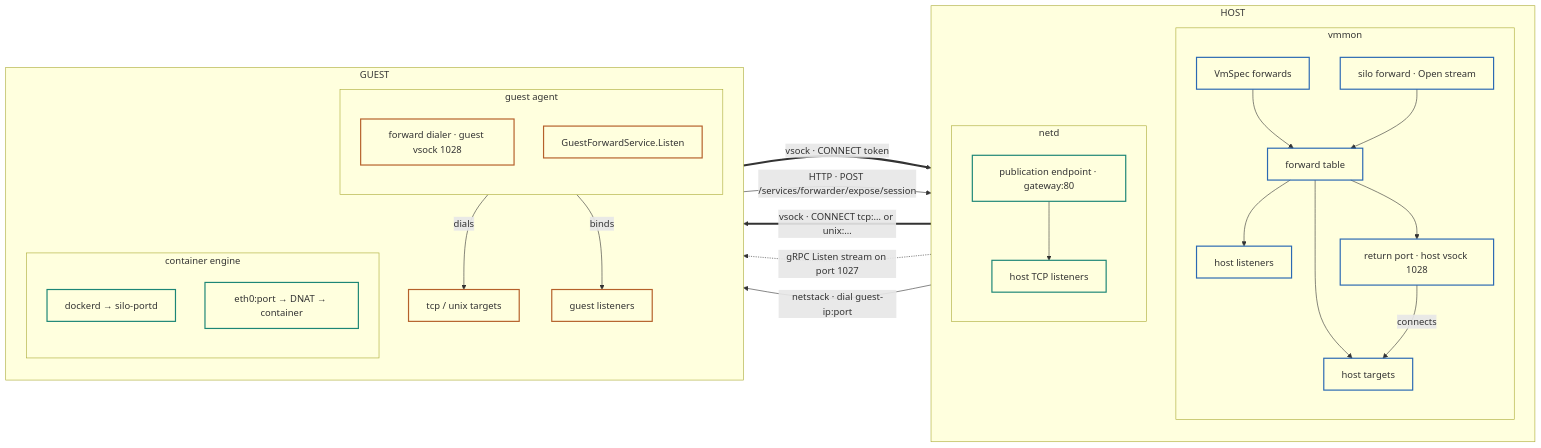
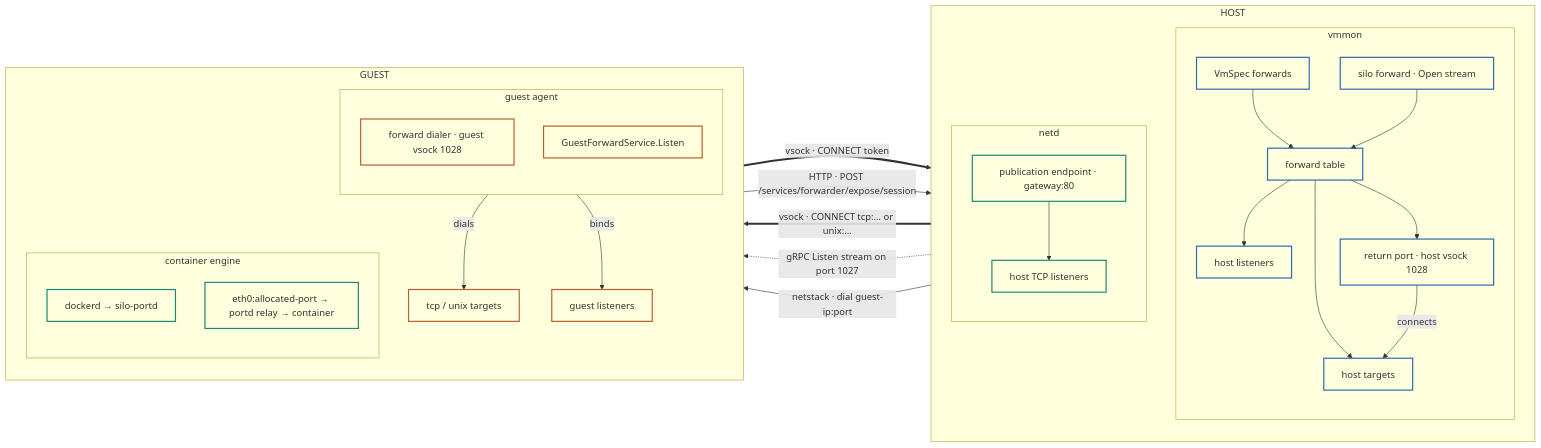
One commit to vandycknick/silo changed the first of 9 diagrams in docs/adr/0016-vsock-forwards-and-netd-publications.md. Above: the diagram before and after it, drawn with Mermaid. The commit also changed other lines of this file and 8 other files, not shown here.

Commit message:
fix(portd): relay Docker publications through dedicated guest ingress

````diff
--- a/docs/adr/0016-vsock-forwards-and-netd-publications.md
+++ b/docs/adr/0016-vsock-forwards-and-netd-publications.md
@@ -150,47 +151,47 @@
 ```mermaid
 flowchart LR
   subgraph HOST
     direction TB
     subgraph vmmon
       direction TB
       spec["VmSpec forwards"] --> table["forward table"]
       hold["silo forward · Open stream"] --> table
       table --> hl["host listeners"]
       table --> ht["host targets"]
       table --> rp["return port · host vsock 1028"]
     end
     subgraph netd
       direction TB
       pe["publication endpoint · gateway:80"] --> tl["host TCP listeners"]
     end
   end
   subgraph GUEST
     direction TB
     subgraph agent["guest agent"]
       direction TB
       dialer["forward dialer · guest vsock 1028"]
       listen["GuestForwardService.Listen"]
     end
     targets["tcp / unix targets"]
     gl["guest listeners"]
     subgraph engine["container engine"]
       direction TB
       dockerd["dockerd → silo-portd"]
-      eth0["eth0:port → DNAT → container"]
+      eth0["eth0:allocated-port → portd relay → container"]
     end
   end
   hl ==>|"vsock · CONNECT tcp:… or unix:…"| dialer
   dialer -->|dials| targets
   table -.->|"gRPC Listen stream on port 1027"| listen
   listen -->|binds| gl
   gl ==>|"vsock · CONNECT token"| rp
   rp -->|connects| ht
   dockerd -->|"HTTP · POST /services/forwarder/expose/session"| pe
   tl -->|"netstack · dial guest-ip:port"| eth0
   classDef host stroke:#2b69b3,stroke-width:2px,fill:none
   classDef guest stroke:#b5602a,stroke-width:2px,fill:none
   classDef net stroke:#1d8676,stroke-width:2px,fill:none
   class spec,hold,table,hl,ht,rp host
   class dialer,listen,targets,gl guest
   class pe,tl,dockerd,eth0 net
 ```
````
